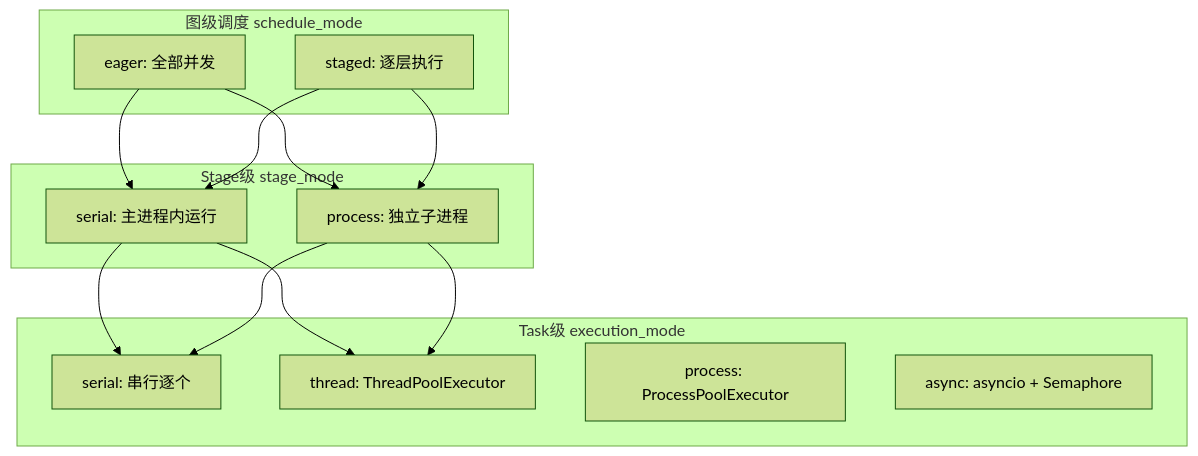
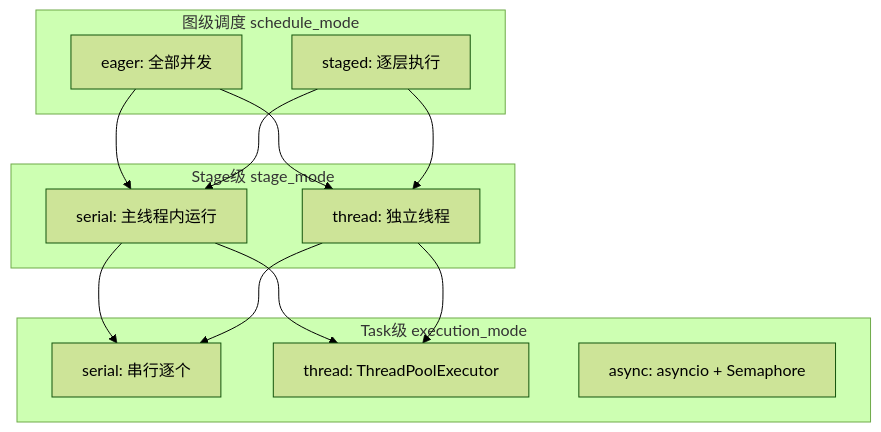
The fourth of 9 diagrams in docs/zh-CN/presentation.md (Mr-xiaotian/CelestialFlow), drawn with Mermaid (forest theme) before and after one commit. The commit also changed other lines of this file and 27 other files, not shown here.

````diff
--- a/docs/zh-CN/presentation.md
+++ b/docs/zh-CN/presentation.md
@@ -221,28 +221,27 @@
 ```mermaid
 graph TD
     subgraph 图级调度 schedule_mode
         A[eager: 全部并发]
         B[staged: 逐层执行]
     end
 
     subgraph Stage级 stage_mode
-        C[serial: 主进程内运行]
-        D[process: 独立子进程]
+        C[serial: 主线程内运行]
+        D[thread: 独立线程]
     end
 
     subgraph Task级 execution_mode
         E[serial: 串行逐个]
         F[thread: ThreadPoolExecutor]
-        G[process: ProcessPoolExecutor]
         H[async: asyncio + Semaphore]
     end
 
     A --> C
     A --> D
     B --> C
     B --> D
     C --> E
     C --> F
     D --> E
     D --> F
 ```
````
